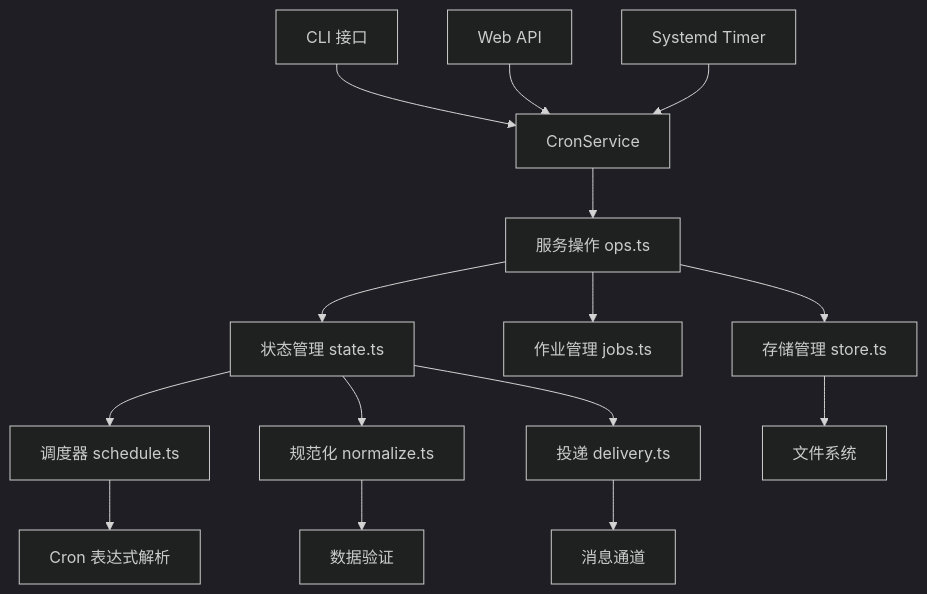
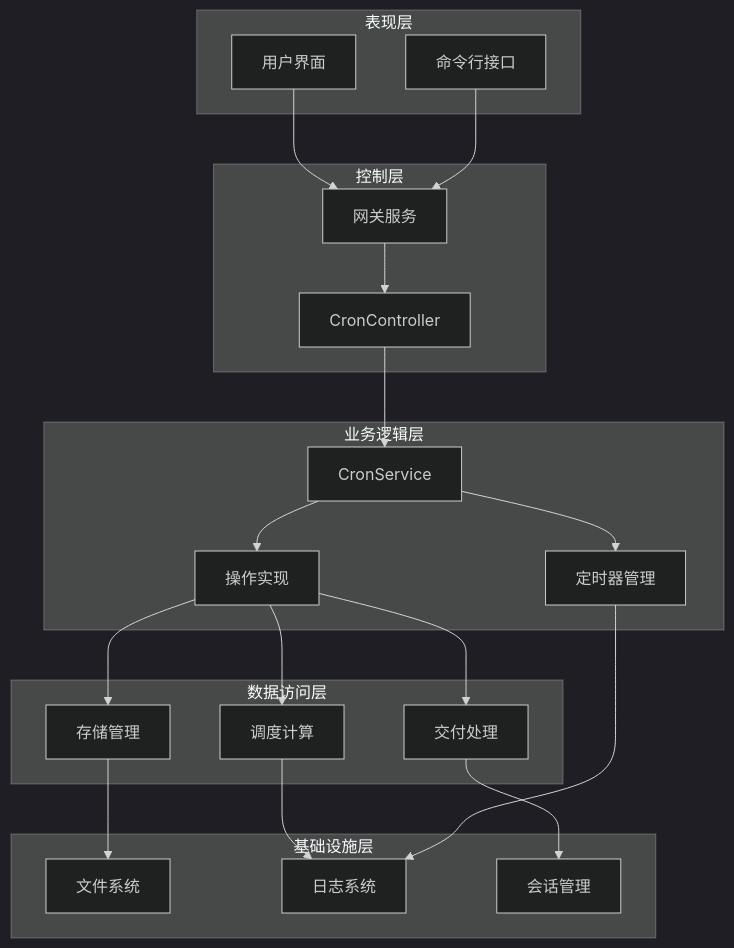
One commit to verse-ai-org/openclaw changed the second of 10 diagrams in .qoder/repowiki/zh/content/Web界面/定时任务管理系统.md. Above: the diagram before and after it, drawn with Mermaid (dark theme). The commit also changed other lines of this file and 89 other files, not shown here.

````diff
--- a/.qoder/repowiki/zh/content/Web界面/定时任务管理系统.md
+++ b/.qoder/repowiki/zh/content/Web界面/定时任务管理系统.md
@@ -129,17 +108,39 @@
 ```mermaid
-graph TD
-A[CLI 接口] --> B[CronService]
-C[Web API] --> B
-D[Systemd Timer] --> B
-B --> E[服务操作 ops.ts]
-E --> F[状态管理 state.ts]
-E --> G[作业管理 jobs.ts]
-E --> H[存储管理 store.ts]
-F --> I[调度器 schedule.ts]
-F --> J[规范化 normalize.ts]
-F --> K[投递 delivery.ts]
-H --> L[文件系统]
-I --> M[Cron 表达式解析]
-J --> N[数据验证]
-K --> O[消息通道]
+graph TB
+subgraph "表现层"
+UI[用户界面]
+CLI[命令行接口]
+end
+subgraph "控制层"
+Gateway[网关服务]
+Controller[CronController]
+end
+subgraph "业务逻辑层"
+Service[CronService]
+Ops[操作实现]
+Timer[定时器管理]
+end
+subgraph "数据访问层"
+Store[存储管理]
+Schedule[调度计算]
+Delivery[交付处理]
+end
+subgraph "基础设施层"
+FileSystem[文件系统]
+Logger[日志系统]
+Session[会话管理]
+end
+UI --> Gateway
+CLI --> Gateway
+Gateway --> Controller
+Controller --> Service
+Service --> Ops
+Service --> Timer
+Ops --> Store
+Ops --> Schedule
+Ops --> Delivery
+Store --> FileSystem
+Schedule --> Logger
+Delivery --> Session
+Timer --> Logger
 ```
````
